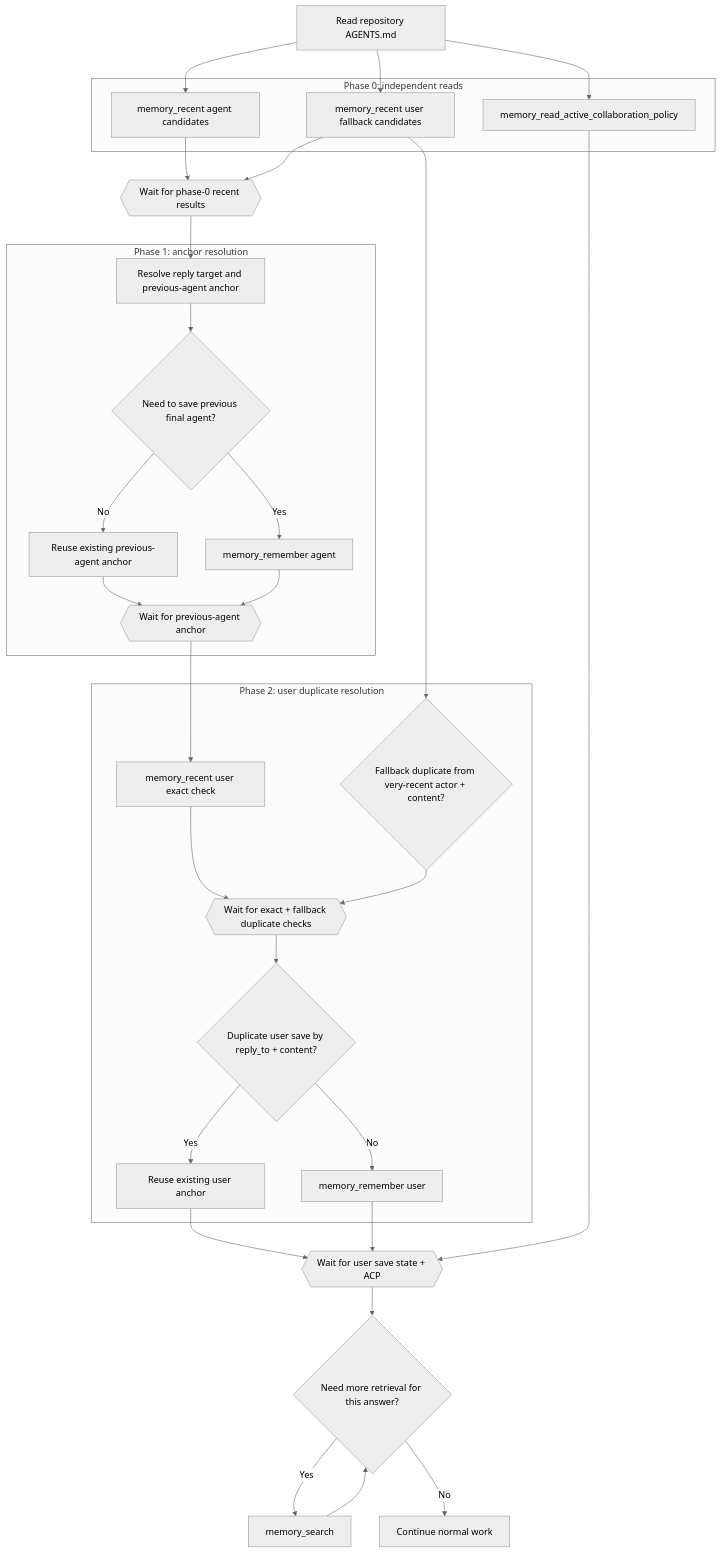
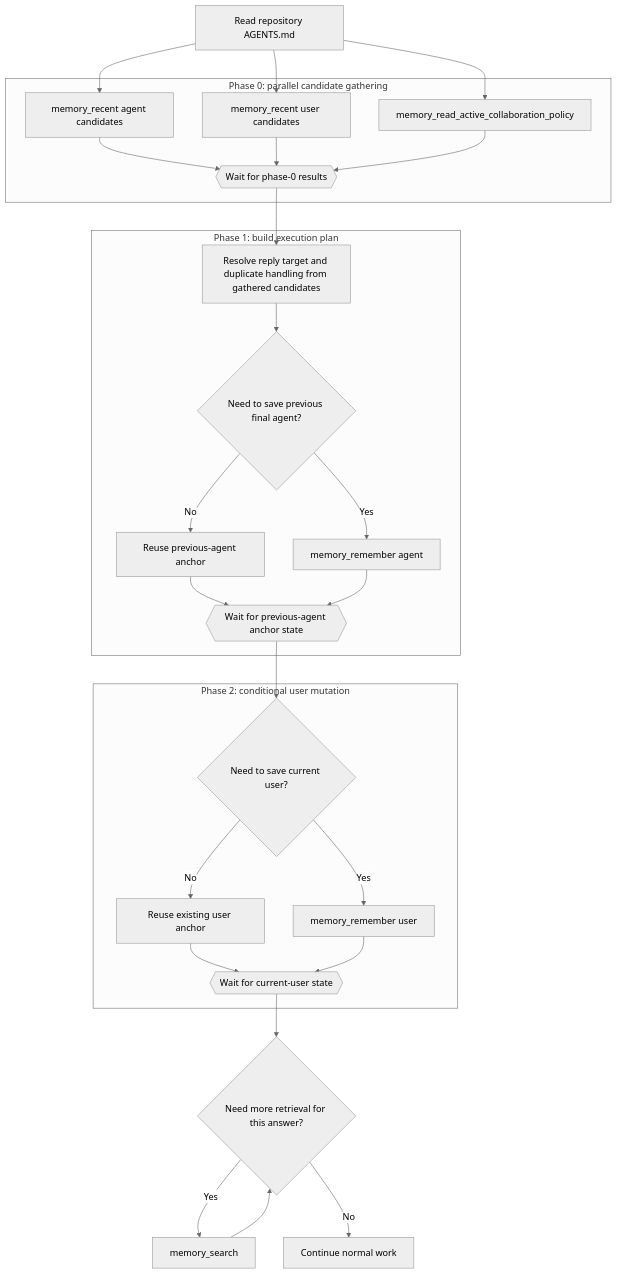
The second of 2 diagrams in docs/mcp-turn-flows.md (KazinaG/breathing_memory), drawn with Mermaid (neutral theme) before and after one commit. The commit also changed other lines of this file, not shown here.

Commit message:
docs: refocus turn-flow notes on client-parallel design

````diff
--- a/docs/mcp-turn-flows.md
+++ b/docs/mcp-turn-flows.md
@@ -44,58 +75,48 @@
 ```mermaid
 flowchart TD
     A[Read repository AGENTS.md]
 
-    subgraph P0[Phase 0: independent reads]
+    subgraph P0[Phase 0: parallel candidate gathering]
         B[memory_recent agent candidates]
-        C[memory_recent user fallback candidates]
-        P[memory_read_active_collaboration_policy]
+        C[memory_recent user candidates]
+        D[memory_read_active_collaboration_policy]
+        W0{{Wait for phase-0 results}}
+        B --> W0
+        C --> W0
+        D --> W0
     end
 
-    subgraph P1[Phase 1: anchor resolution]
-        D[Resolve reply target and previous-agent anchor]
-        E{Need to save previous final agent?}
-        F[Reuse existing previous-agent anchor]
-        G[memory_remember agent]
-        W1{{Wait for previous-agent anchor}}
+    subgraph P1[Phase 1: build execution plan]
+        E[Resolve reply target and duplicate handling from gathered candidates]
+        F{Need to save previous final agent?}
+        G[Reuse previous-agent anchor]
+        H[memory_remember agent]
+        W1{{Wait for previous-agent anchor state}}
+        E --> F
+        F -- No --> G
+        F -- Yes --> H
+        G --> W1
+        H --> W1
     end
 
-    subgraph P2[Phase 2: user duplicate resolution]
-        I[memory_recent user exact check]
-        J{Fallback duplicate from very-recent actor + content?}
-        W2{{Wait for exact + fallback duplicate checks}}
-        K{Duplicate user save by reply_to + content?}
-        L[Reuse existing user anchor]
-        N[memory_remember user]
+    subgraph P2[Phase 2: conditional user mutation]
+        I{Need to save current user?}
+        J[Reuse existing user anchor]
+        K[memory_remember user]
+        W2{{Wait for current-user state}}
+        I -- No --> J
+        I -- Yes --> K
+        J --> W2
+        K --> W2
     end
 
     A --> B
     A --> C
-    A --> P
-
-    B --> W0{{Wait for phase-0 recent results}}
-    C --> W0
-    W0 --> D
-
-    D --> E
-    E -- No --> F
-    E -- Yes --> G
-    F --> W1
-    G --> W1
-
+    A --> D
+    W0 --> E
     W1 --> I
-    C --> J
-    I --> W2
-    J --> W2
-    W2 --> K
-    K -- Yes --> L
-    K -- No --> N
-
-    L --> W3{{Wait for user save state + ACP}}
-    N --> W3
-    P --> W3
-    W3 --> O{Need more retrieval for this answer?}
-    O -- Yes --> Q[memory_search]
-    O -- No --> R[Continue normal work]
-    Q --> O
-
+    W2 --> L{Need more retrieval for this answer?}
+    L -- Yes --> M[memory_search]
+    L -- No --> N[Continue normal work]
+    M --> L
 ```
````
